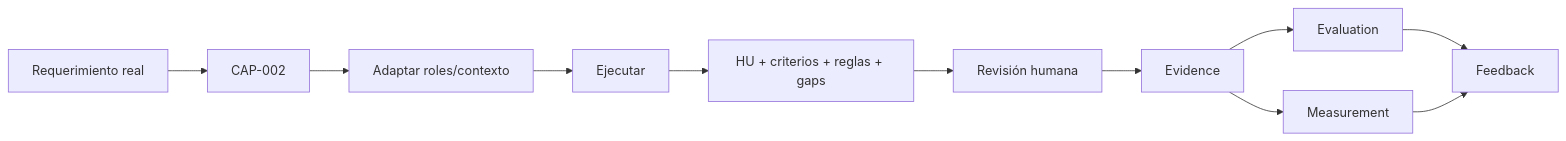
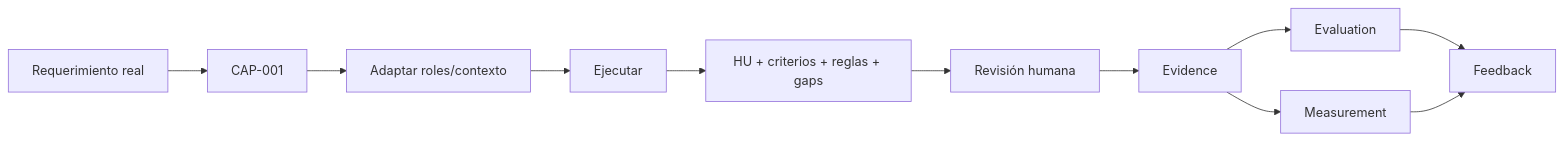
Before and after one commit to elmercharrebaufest/MOA-AI-Engineering: the diagram in golden-paths/README.md, drawn with Mermaid. The commit also changed other lines of this file and 72 other files, not shown here.

````diff
--- a/golden-paths/README.md
+++ b/golden-paths/README.md
@@ -97,13 +97,13 @@
 ```mermaid
 flowchart LR
-    A["Requerimiento real"] --> B["CAP-002"]
+    A["Requerimiento real"] --> B["CAP-001"]
     B --> C["Adaptar roles/contexto"]
     C --> D["Ejecutar"]
     D --> E["HU + criterios + reglas + gaps"]
     E --> F["Revisión humana"]
     F --> G["Evidence"]
     G --> H["Evaluation"]
     G --> I["Measurement"]
     H --> J["Feedback"]
     I --> J
 ```
````
